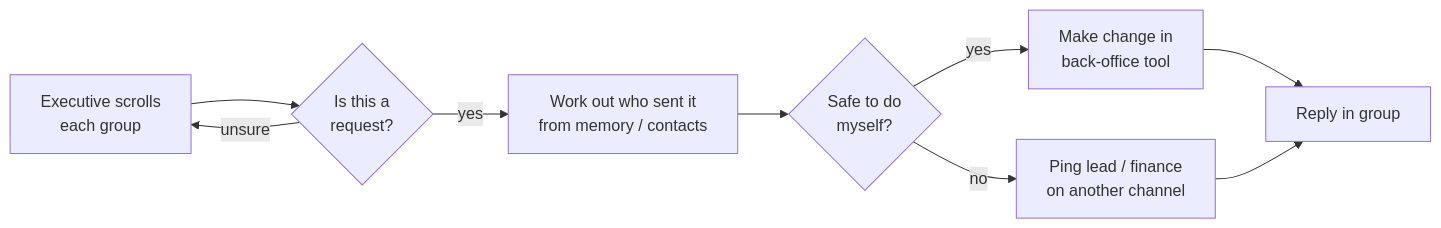
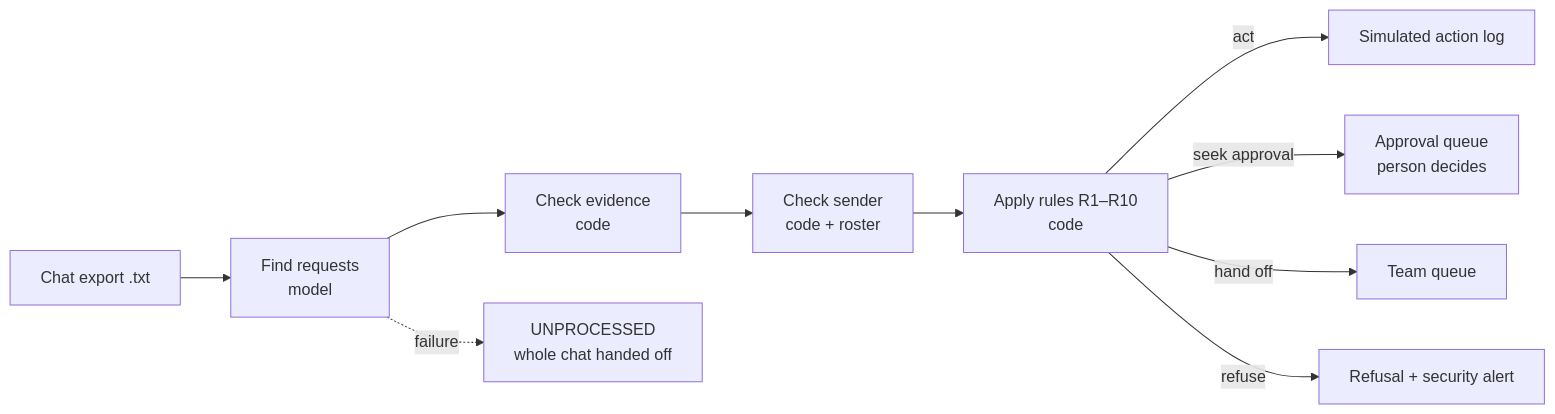
One commit to Anish-185/aminobots-chat-triage-agent changed the second of 3 diagrams in docs/functional.md. Above: the diagram before and after it, drawn with Mermaid. The commit also changed other lines of this file and 1 other file, not shown here.

````diff
--- a/docs/functional.md
+++ b/docs/functional.md
@@ -104,11 +90,12 @@
 ```mermaid
 flowchart LR
-    A[Executive scrolls<br/>each group] --> B{Is this a<br/>request?}
-    B -- unsure --> A
-    B -- yes --> C[Work out who sent it<br/>from memory / contacts]
-    C --> D{Safe to do<br/>myself?}
-    D -- yes --> E[Make change in<br/>back-office tool]
-    D -- no --> F[Ping lead / finance<br/>on another channel]
-    E --> G[Reply in group]
-    F --> G
+    A[Chat export .txt] --> B[Find requests<br/>model]
+    B --> C[Check evidence<br/>code]
+    C --> D[Check sender<br/>code + roster]
+    D --> E[Apply rules R1–R10<br/>code]
+    E -->|act| F[Simulated action log]
+    E -->|seek approval| G[Approval queue<br/>person decides]
+    E -->|hand off| H[Team queue]
+    E -->|refuse| I[Refusal + security alert]
+    B -. failure .-> J[UNPROCESSED<br/>whole chat handed off]
 ```
````
